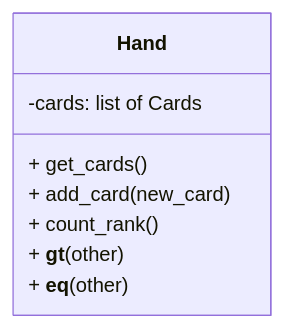
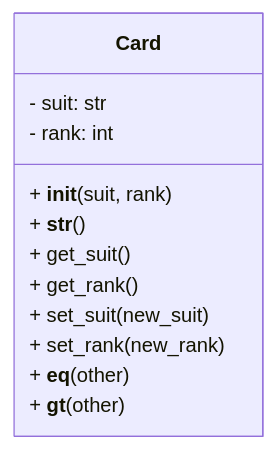
Before and after one commit to isf-dp-cs/isf-dp-cs.github.io: the third of 6 diagrams in content/new_syllabus/unit_03_oop/01_aggregation/_index.md, drawn with Mermaid. The commit also changed other lines of this file and 1 other file, not shown here.

```diff
--- a/content/new_syllabus/unit_03_oop/01_aggregation/_index.md
+++ b/content/new_syllabus/unit_03_oop/01_aggregation/_index.md
@@ -152,11 +161,15 @@
 {{< mermaid >}}
 classDiagram
-    class Hand {
-		-cards: list of Cards
-        + get_cards()
-        + add_card(new_card)
-        + count_rank()
+    class Card {
+        - suit: str
+        - rank: int
+        + __init__(suit, rank)
+        + __str__()
+        + get_suit()
+        + get_rank()
+        + set_suit(new_suit)
+        + set_rank(new_rank)
+        + __eq__(other)
         + __gt__(other)
-        + __eq__(other)
-    }
+    }   
 {{< /mermaid >}}
```
